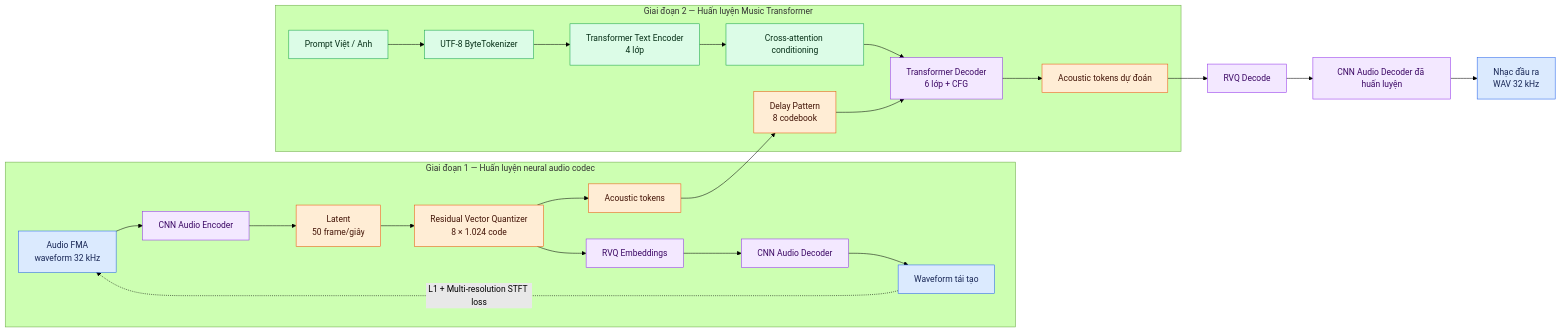
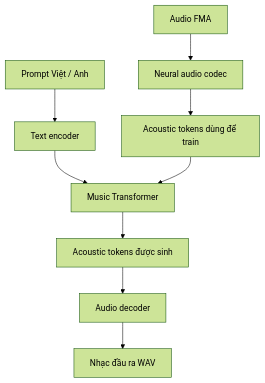
One commit to dinhmanhctnk33/MusicGenAI_SIC changed the diagram in README.md. Above: the diagram before and after it, drawn with Mermaid (forest theme). The commit also changed other lines of this file, not shown here.

Commit message:
docs: improve README and architecture overview

````diff
--- a/README.md
+++ b/README.md
@@ -9,36 +13,13 @@
 ```mermaid
-flowchart LR
-    subgraph C["Giai đoạn 1 — Huấn luyện neural audio codec"]
-        A["Audio FMA<br/>waveform 32 kHz"] --> B["CNN Audio Encoder"]
-        B --> D["Latent<br/>50 frame/giây"]
-        D --> E["Residual Vector Quantizer<br/>8 × 1.024 code"]
-        E --> F["Acoustic tokens"]
-        E --> G["RVQ Embeddings"]
-        G --> H["CNN Audio Decoder"]
-        H --> I["Waveform tái tạo"]
-        I -. "L1 + Multi-resolution STFT loss" .-> A
-    end
+flowchart TD
+    A["Audio FMA"] --> B["Neural audio codec"]
+    B --> C["Acoustic tokens dùng để train"]
 
-    subgraph M["Giai đoạn 2 — Huấn luyện Music Transformer"]
-        J["Prompt Việt / Anh"] --> K["UTF-8 ByteTokenizer"]
-        K --> L["Transformer Text Encoder<br/>4 lớp"]
-        L --> N["Cross-attention conditioning"]
-        F --> O["Delay Pattern<br/>8 codebook"]
-        O --> P["Transformer Decoder<br/>6 lớp + CFG"]
-        N --> P
-        P --> Q["Acoustic tokens dự đoán"]
-    end
+    D["Prompt Việt / Anh"] --> E["Text encoder"]
+    E --> F["Music Transformer"]
+    C --> F
 
-    Q --> R["RVQ Decode"]
-    R --> S["CNN Audio Decoder đã huấn luyện"]
-    S --> T["Nhạc đầu ra<br/>WAV 32 kHz"]
-
-    classDef audio fill:#dbeafe,stroke:#2563eb,color:#172554;
-    classDef text fill:#dcfce7,stroke:#16a34a,color:#052e16;
-    classDef model fill:#f3e8ff,stroke:#9333ea,color:#3b0764;
-    classDef token fill:#ffedd5,stroke:#ea580c,color:#431407;
-    class A,I,T audio;
-    class J,K,L,N text;
-    class B,G,H,P,R,S model;
-    class D,E,F,O,Q token;
+    F --> G["Acoustic tokens được sinh"]
+    G --> H["Audio decoder"]
+    H --> I["Nhạc đầu ra WAV"]
 ```
````
